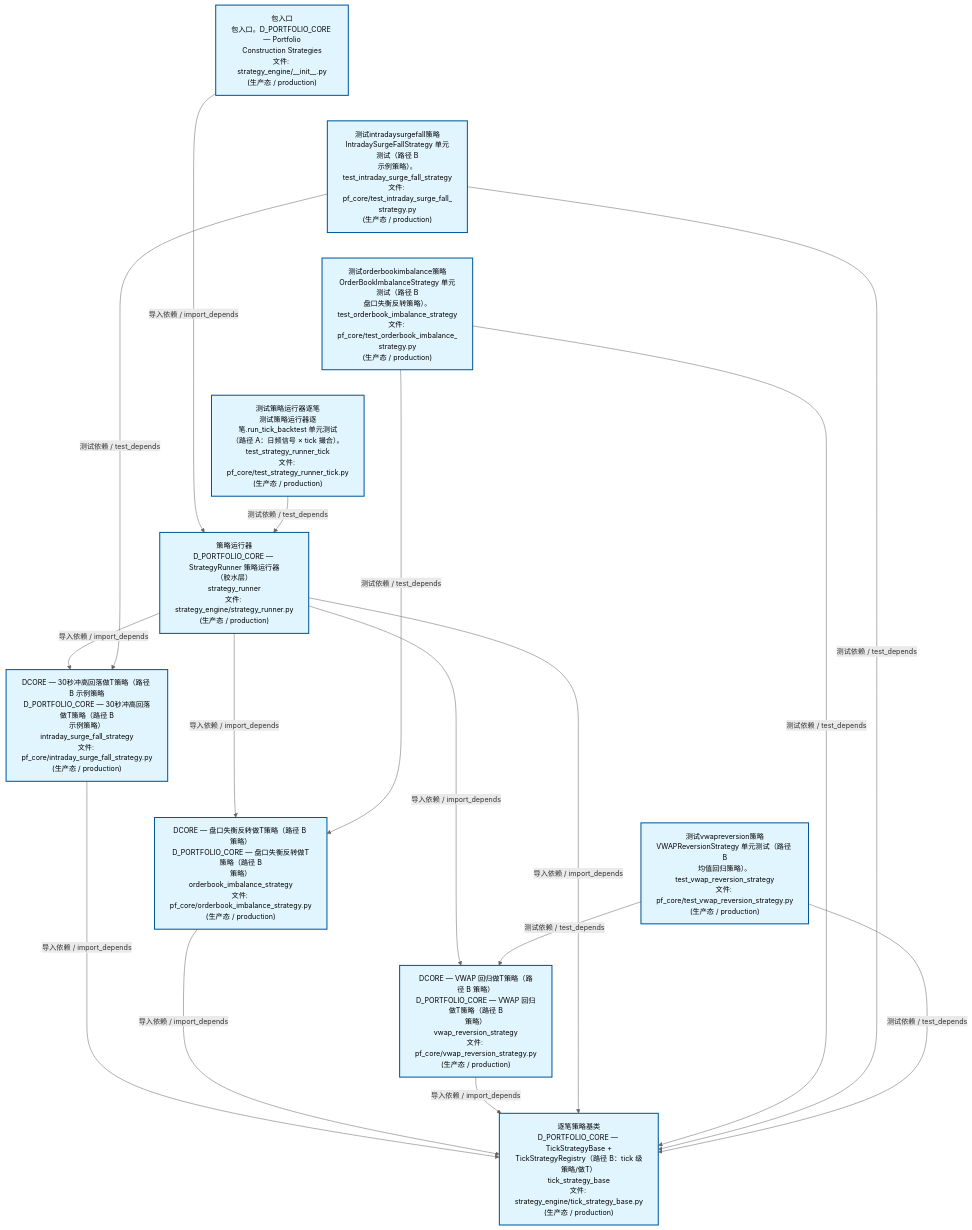
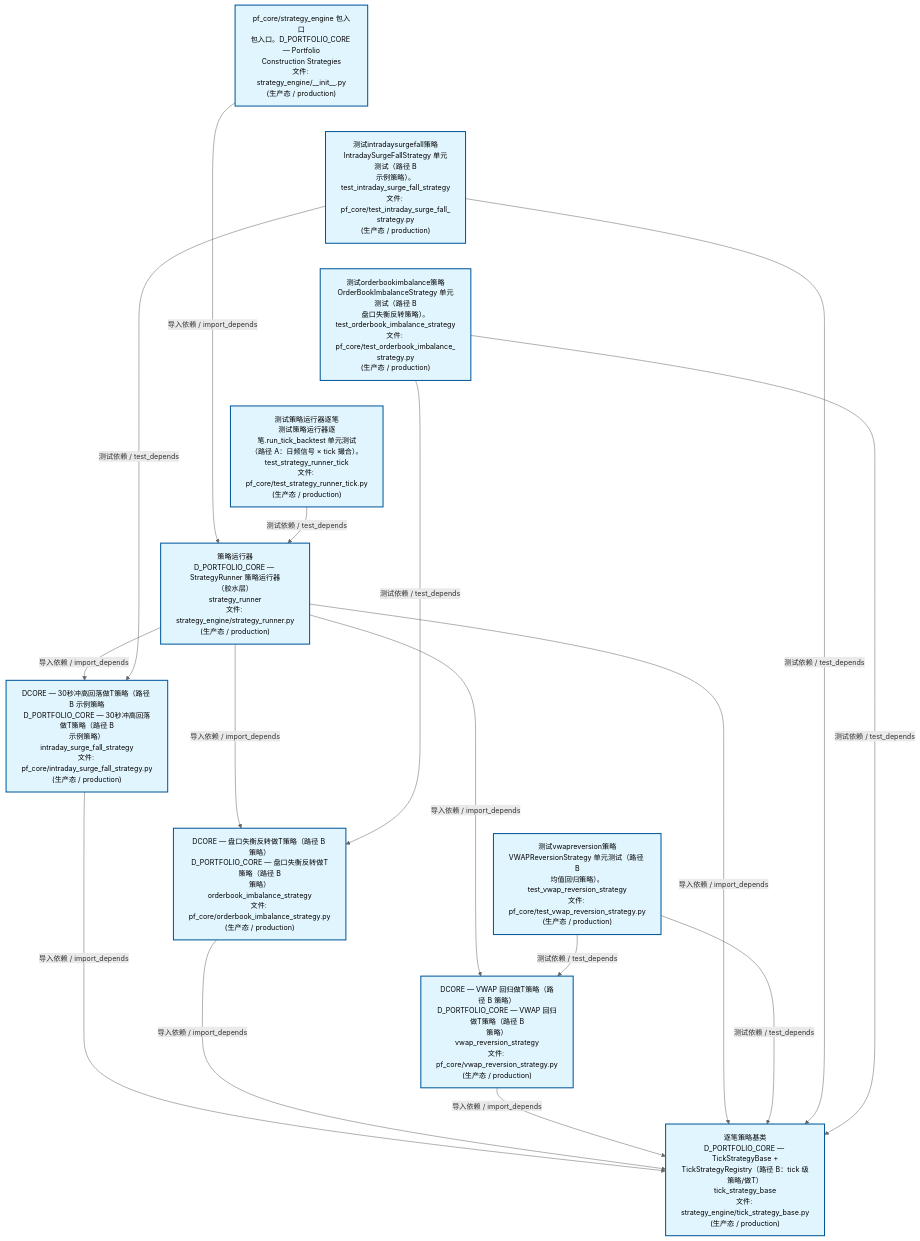
The second of 4 diagrams in docs/02_enterprise_architecture/02_domain_architecture_docs/63_d_pf_core.md (xuanFelixVan/ZephyrAlpha), drawn with Mermaid before and after one commit. The commit also changed other lines of this file and 61 other files, not shown here.

````diff
--- a/docs/02_enterprise_architecture/02_domain_architecture_docs/63_d_pf_core.md
+++ b/docs/02_enterprise_architecture/02_domain_architecture_docs/63_d_pf_core.md
@@ -135,40 +135,40 @@
 ```mermaid
 %%{init: {'theme': 'base', 'themeVariables': {'primaryColor': '#eaeaea', 'primaryTextColor': '#333333', 'primaryBorderColor': '#666666', 'lineColor': '#666666', 'secondaryColor': '#eaeaea', 'tertiaryColor': '#eaeaea', 'fontSize': '14px'}}}%%
 flowchart TD
-    src_zephyr_pf_core_strategy_engine_init_py["包入口<br/>包入口。D_PORTFOLIO_CORE — Portfolio<br/>Construction Strategies<br/>文件: strategy_engine/__init__.py<br/>(生产态 / production)"]
+    src_zephyr_pf_core_strategy_engine_init_py["pf_core/strategy_engine 包入口<br/>包入口。D_PORTFOLIO_CORE — Portfolio<br/>Construction Strategies<br/>文件: strategy_engine/__init__.py<br/>(生产态 / production)"]
     tests_pf_core_test_intraday_surge_fall_strategy_py["测试intradaysurgefall策略<br/>IntradaySurgeFallStrategy 单元测试（路径 B<br/>示例策略）。<br/>test_intraday_surge_fall_strategy<br/>文件: pf_core/test_intraday_surge_fall_<br/>strategy.py<br/>(生产态 / production)"]
     tests_pf_core_test_orderbook_imbalance_strategy_py["测试orderbookimbalance策略<br/>OrderBookImbalanceStrategy 单元测试（路径 B<br/>盘口失衡反转策略）。<br/>test_orderbook_imbalance_strategy<br/>文件: pf_core/test_orderbook_imbalance_<br/>strategy.py<br/>(生产态 / production)"]
     tests_pf_core_test_strategy_runner_tick_py["测试策略运行器逐笔<br/>测试策略运行器逐笔.run_tick_backtest 单元测试<br/>（路径 A：日频信号 × tick 撮合）。<br/>test_strategy_runner_tick<br/>文件: pf_core/test_strategy_runner_tick.py<br/>(生产态 / production)"]
     tests_pf_core_test_vwap_reversion_strategy_py["测试vwapreversion策略<br/>VWAPReversionStrategy 单元测试（路径 B<br/>均值回归策略）。<br/>test_vwap_reversion_strategy<br/>文件: pf_core/test_vwap_reversion_strategy.py<br/>(生产态 / production)"]
     src_zephyr_pf_core_strategy_engine_init_py ~~~ tests_pf_core_test_intraday_surge_fall_strategy_py
     tests_pf_core_test_intraday_surge_fall_strategy_py ~~~ tests_pf_core_test_orderbook_imbalance_strategy_py
     tests_pf_core_test_orderbook_imbalance_strategy_py ~~~ tests_pf_core_test_strategy_runner_tick_py
     tests_pf_core_test_strategy_runner_tick_py ~~~ tests_pf_core_test_vwap_reversion_strategy_py
     src_zephyr_pf_core_strategy_engine_strategy_runner_py["策略运行器<br/>D_PORTFOLIO_CORE — StrategyRunner 策略运行器<br/>（胶水层）<br/>strategy_runner<br/>文件: strategy_engine/strategy_runner.py<br/>(生产态 / production)"]
     src_zephyr_pf_core_intraday_surge_fall_strategy_py["DCORE — 30秒冲高回落做T策略（路径 B 示例策略<br/>D_PORTFOLIO_CORE — 30秒冲高回落做T策略（路径 B<br/>示例策略）<br/>intraday_surge_fall_strategy<br/>文件: pf_core/intraday_surge_fall_strategy.py<br/>(生产态 / production)"]
     src_zephyr_pf_core_orderbook_imbalance_strategy_py["DCORE — 盘口失衡反转做T策略（路径 B 策略）<br/>D_PORTFOLIO_CORE — 盘口失衡反转做T策略（路径 B<br/>策略）<br/>orderbook_imbalance_strategy<br/>文件: pf_core/orderbook_imbalance_strategy.py<br/>(生产态 / production)"]
     src_zephyr_pf_core_vwap_reversion_strategy_py["DCORE — VWAP 回归做T策略（路径 B 策略）<br/>D_PORTFOLIO_CORE — VWAP 回归做T策略（路径 B<br/>策略）<br/>vwap_reversion_strategy<br/>文件: pf_core/vwap_reversion_strategy.py<br/>(生产态 / production)"]
     src_zephyr_pf_core_intraday_surge_fall_strategy_py ~~~ src_zephyr_pf_core_orderbook_imbalance_strategy_py
     src_zephyr_pf_core_orderbook_imbalance_strategy_py ~~~ src_zephyr_pf_core_vwap_reversion_strategy_py
     src_zephyr_pf_core_strategy_engine_tick_strategy_base_py["逐笔策略基类<br/>D_PORTFOLIO_CORE — TickStrategyBase +<br/>TickStrategyRegistry（路径 B：tick 级策略/做T）<br/>tick_strategy_base<br/>文件: strategy_engine/tick_strategy_base.py<br/>(生产态 / production)"]
     src_zephyr_pf_core_intraday_surge_fall_strategy_py -->|导入依赖 / import_depends| src_zephyr_pf_core_strategy_engine_tick_strategy_base_py
     src_zephyr_pf_core_orderbook_imbalance_strategy_py -->|导入依赖 / import_depends| src_zephyr_pf_core_strategy_engine_tick_strategy_base_py
     src_zephyr_pf_core_vwap_reversion_strategy_py -->|导入依赖 / import_depends| src_zephyr_pf_core_strategy_engine_tick_strategy_base_py
     src_zephyr_pf_core_strategy_engine_init_py -->|导入依赖 / import_depends| src_zephyr_pf_core_strategy_engine_strategy_runner_py
     src_zephyr_pf_core_strategy_engine_strategy_runner_py -->|导入依赖 / import_depends| src_zephyr_pf_core_intraday_surge_fall_strategy_py
     src_zephyr_pf_core_strategy_engine_strategy_runner_py -->|导入依赖 / import_depends| src_zephyr_pf_core_orderbook_imbalance_strategy_py
     src_zephyr_pf_core_strategy_engine_strategy_runner_py -->|导入依赖 / import_depends| src_zephyr_pf_core_vwap_reversion_strategy_py
     src_zephyr_pf_core_strategy_engine_strategy_runner_py -->|导入依赖 / import_depends| src_zephyr_pf_core_strategy_engine_tick_strategy_base_py
+    tests_pf_core_test_vwap_reversion_strategy_py -->|测试依赖 / test_depends| src_zephyr_pf_core_vwap_reversion_strategy_py
+    tests_pf_core_test_vwap_reversion_strategy_py -->|测试依赖 / test_depends| src_zephyr_pf_core_strategy_engine_tick_strategy_base_py
+    tests_pf_core_test_intraday_surge_fall_strategy_py -->|测试依赖 / test_depends| src_zephyr_pf_core_intraday_surge_fall_strategy_py
+    tests_pf_core_test_intraday_surge_fall_strategy_py -->|测试依赖 / test_depends| src_zephyr_pf_core_strategy_engine_tick_strategy_base_py
     tests_pf_core_test_orderbook_imbalance_strategy_py -->|测试依赖 / test_depends| src_zephyr_pf_core_orderbook_imbalance_strategy_py
     tests_pf_core_test_orderbook_imbalance_strategy_py -->|测试依赖 / test_depends| src_zephyr_pf_core_strategy_engine_tick_strategy_base_py
     tests_pf_core_test_strategy_runner_tick_py -->|测试依赖 / test_depends| src_zephyr_pf_core_strategy_engine_strategy_runner_py
-    tests_pf_core_test_intraday_surge_fall_strategy_py -->|测试依赖 / test_depends| src_zephyr_pf_core_intraday_surge_fall_strategy_py
-    tests_pf_core_test_intraday_surge_fall_strategy_py -->|测试依赖 / test_depends| src_zephyr_pf_core_strategy_engine_tick_strategy_base_py
-    tests_pf_core_test_vwap_reversion_strategy_py -->|测试依赖 / test_depends| src_zephyr_pf_core_vwap_reversion_strategy_py
-    tests_pf_core_test_vwap_reversion_strategy_py -->|测试依赖 / test_depends| src_zephyr_pf_core_strategy_engine_tick_strategy_base_py
     classDef production fill:#e1f5fe,stroke:#01579b,stroke-width:2px,color:#000
     classDef design fill:#fff3e0,stroke:#e65100,stroke-width:2px,color:#000,stroke-dasharray: 5 5
     classDef external_prod fill:#e8f4fd,stroke:#0277bd,stroke-width:1px,color:#000
     classDef external_design fill:#fff8e7,stroke:#ef6c00,stroke-width:1px,color:#000,stroke-dasharray: 5 5
     class src_zephyr_pf_core_intraday_surge_fall_strategy_py,src_zephyr_pf_core_orderbook_imbalance_strategy_py,src_zephyr_pf_core_strategy_engine_init_py,src_zephyr_pf_core_strategy_engine_strategy_runner_py,src_zephyr_pf_core_strategy_engine_tick_strategy_base_py,src_zephyr_pf_core_vwap_reversion_strategy_py,tests_pf_core_test_intraday_surge_fall_strategy_py,tests_pf_core_test_orderbook_imbalance_strategy_py,tests_pf_core_test_strategy_runner_tick_py,tests_pf_core_test_vwap_reversion_strategy_py production
 ```
````
